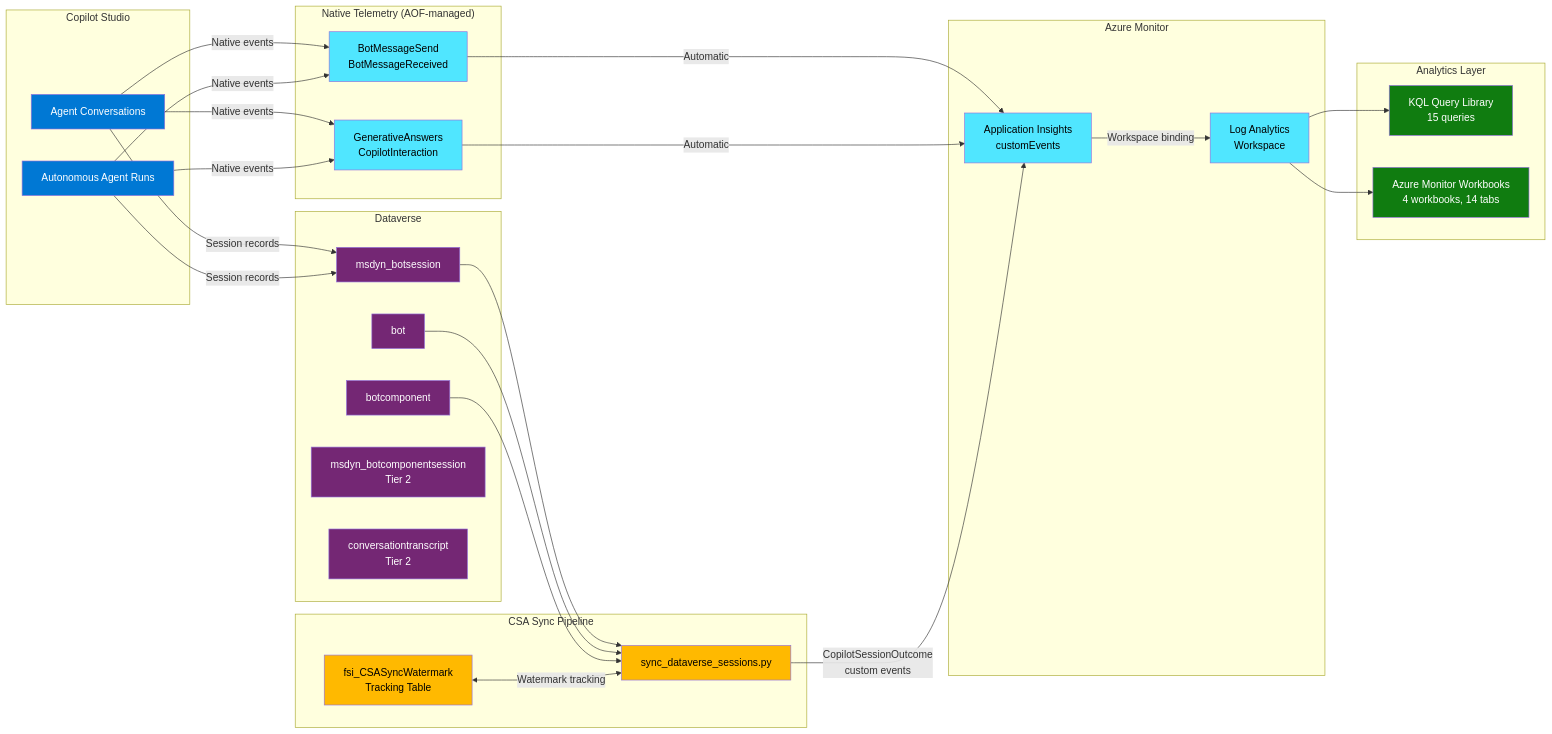
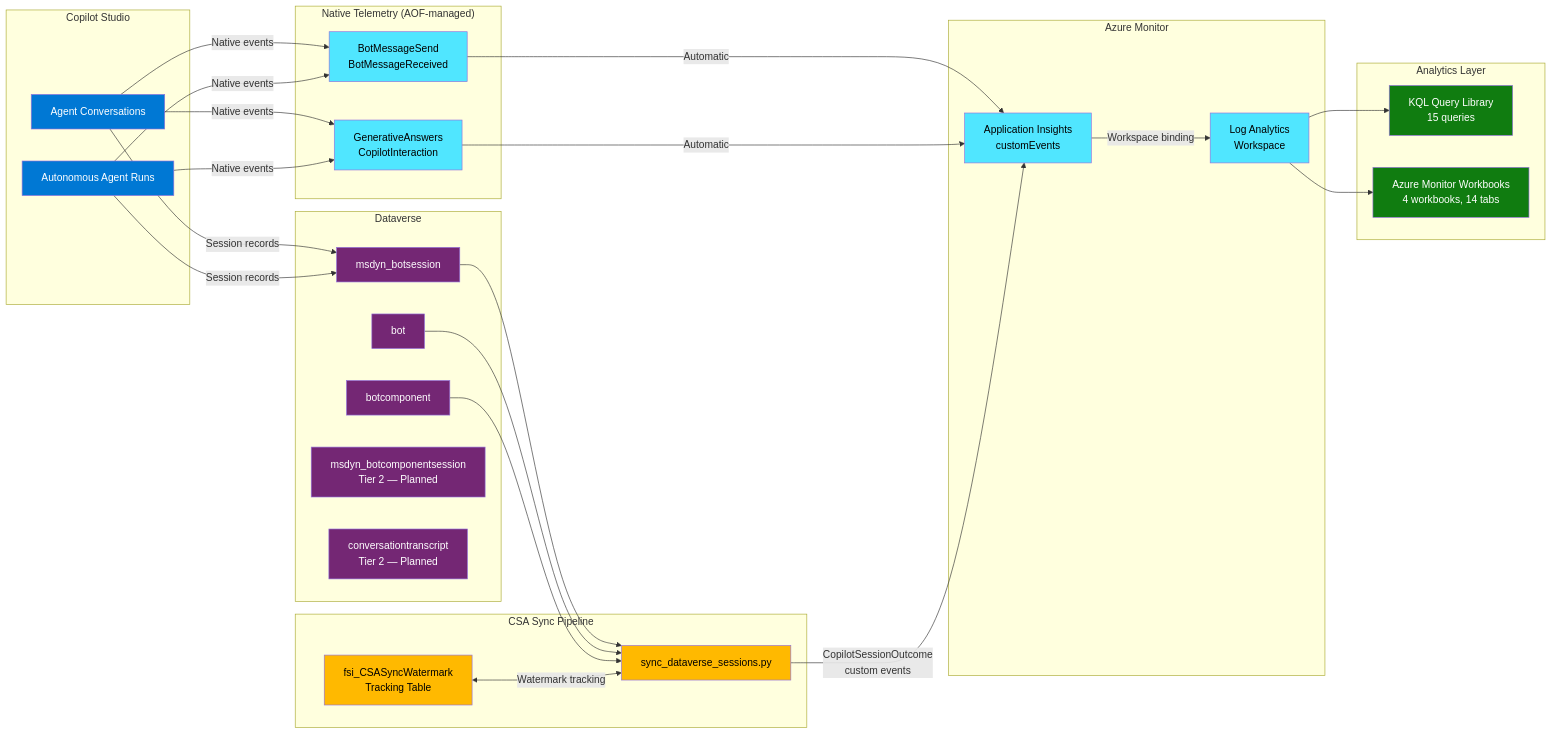
One commit to judeper/FSI-AgentGov-Solutions changed the diagram in copilot-studio-analytics/architecture.md. Above: the diagram before and after it, drawn with Mermaid. The commit also changed other lines of this file and 13 other files, not shown here.

````diff
--- a/copilot-studio-analytics/architecture.md
+++ b/copilot-studio-analytics/architecture.md
@@ -9,71 +9,71 @@
 ```mermaid
 graph LR
     subgraph "Copilot Studio"
         A1[Agent Conversations]
         A2[Autonomous Agent Runs]
     end
 
     subgraph "Native Telemetry (AOF-managed)"
         B1[BotMessageSend<br/>BotMessageReceived]
         B2[GenerativeAnswers<br/>CopilotInteraction]
     end
 
     subgraph "Dataverse"
         D1[msdyn_botsession]
         D2[bot]
         D3[botcomponent]
-        D4[msdyn_botcomponentsession<br/>Tier 2]
-        D5[conversationtranscript<br/>Tier 2]
+        D4[msdyn_botcomponentsession<br/>Tier 2 — Planned]
+        D5[conversationtranscript<br/>Tier 2 — Planned]
     end
 
     subgraph "CSA Sync Pipeline"
         S1[sync_dataverse_sessions.py]
         S2[fsi_CSASyncWatermark<br/>Tracking Table]
     end
 
     subgraph "Azure Monitor"
         AI[Application Insights<br/>customEvents]
         LA[Log Analytics<br/>Workspace]
     end
 
     subgraph "Analytics Layer"
         Q[KQL Query Library<br/>15 queries]
         W[Azure Monitor Workbooks<br/>4 workbooks, 14 tabs]
     end
 
     A1 -->|Native events| B1
     A1 -->|Native events| B2
     A2 -->|Native events| B1
     A2 -->|Native events| B2
     B1 -->|Automatic| AI
     B2 -->|Automatic| AI
 
     A1 -->|Session records| D1
     A2 -->|Session records| D1
 
     D1 --> S1
     D2 --> S1
     D3 --> S1
     S2 <-->|Watermark tracking| S1
     S1 -->|CopilotSessionOutcome<br/>custom events| AI
 
     AI -->|Workspace binding| LA
     LA --> Q
     LA --> W
 
     style A1 fill:#0078d4,color:#fff
     style A2 fill:#0078d4,color:#fff
     style B1 fill:#50e6ff,color:#000
     style B2 fill:#50e6ff,color:#000
     style D1 fill:#742774,color:#fff
     style D2 fill:#742774,color:#fff
     style D3 fill:#742774,color:#fff
     style D4 fill:#742774,color:#fff
     style D5 fill:#742774,color:#fff
     style S1 fill:#ffb900,color:#000
     style S2 fill:#ffb900,color:#000
     style AI fill:#50e6ff,color:#000
     style LA fill:#50e6ff,color:#000
     style Q fill:#107c10,color:#fff
     style W fill:#107c10,color:#fff
 ```
````
